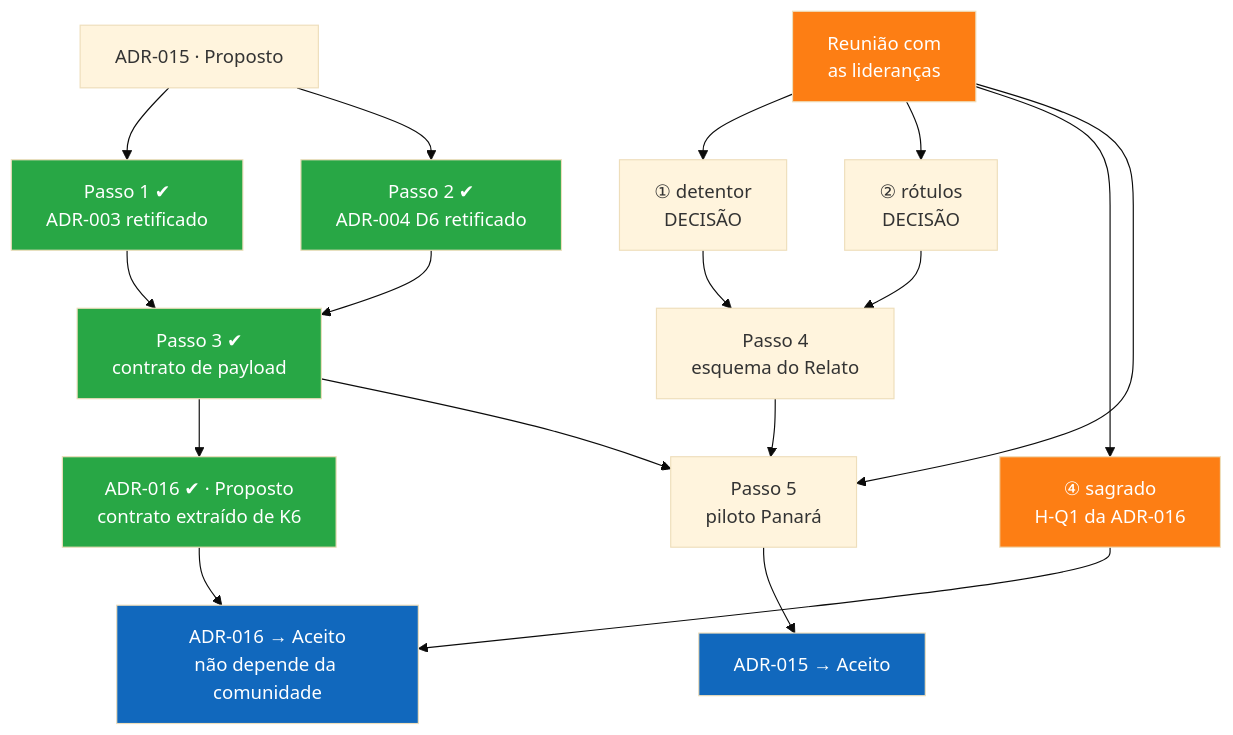
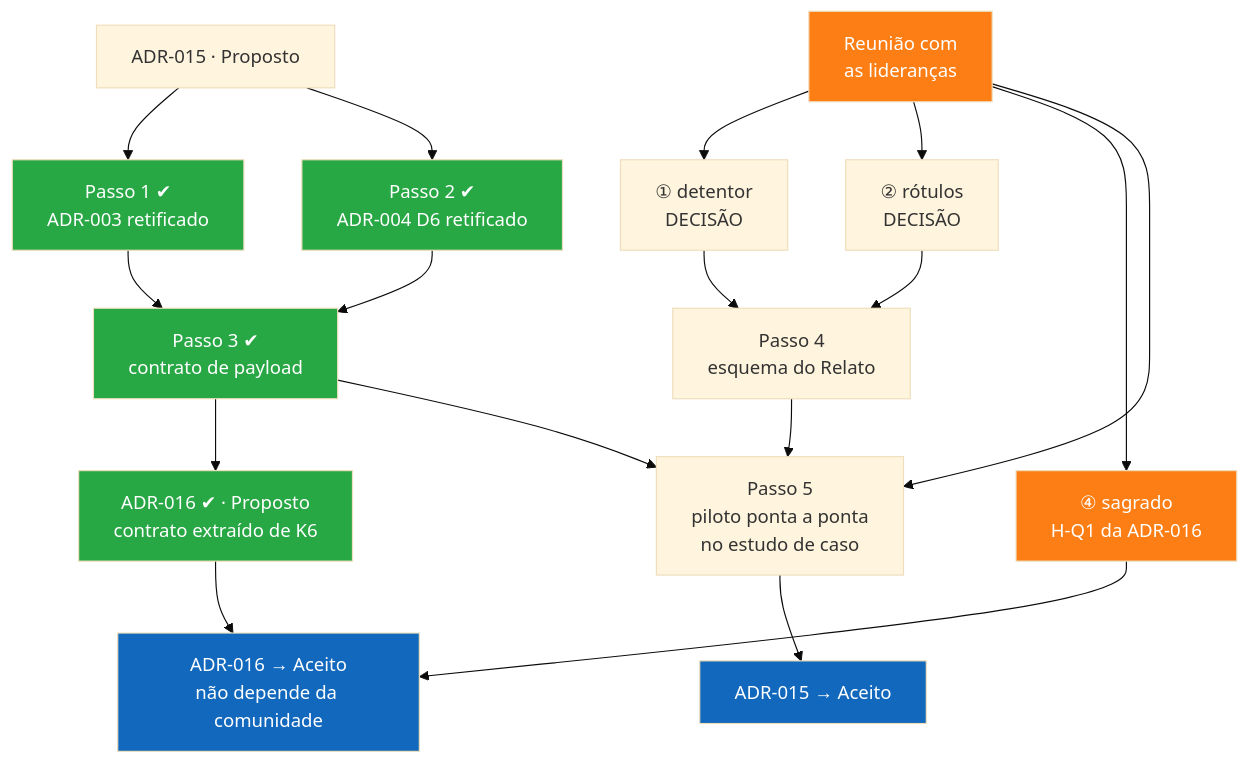
One commit to edalcin/Arquitetura-BioCultural changed the diagram in docs/proximosPassos.md. Above: the diagram before and after it, drawn with Mermaid (base theme). The commit also changed other lines of this file and 13 other files, not shown here.

````diff
--- a/docs/proximosPassos.md
+++ b/docs/proximosPassos.md
@@ -191,27 +191,27 @@
 ```mermaid
 flowchart TD
     A["ADR-015 · Proposto"] --> P1["Passo 1 ✔<br/>ADR-003 retificado"]
     A --> P2["Passo 2 ✔<br/>ADR-004 D6 retificado"]
     P1 --> P3["Passo 3 ✔<br/>contrato de payload"]
     P2 --> P3
     P3 --> H["ADR-016 ✔ · Proposto<br/>contrato extraído de K6"]
     H --> HA["ADR-016 → Aceito<br/>não depende da comunidade"]
     Q1["① detentor<br/>DECISÃO"] --> P4["Passo 4<br/>esquema do Relato"]
     Q2["② rótulos<br/>DECISÃO"] --> P4
     C["Reunião com<br/>as lideranças"] --> Q1
     C --> Q2
     C --> Q4["④ sagrado<br/>H-Q1 da ADR-016"]
     Q4 --> HA
-    C --> P5["Passo 5<br/>piloto Panará"]
+    C --> P5["Passo 5<br/>piloto ponta a ponta<br/>no estudo de caso"]
     P3 --> P5
     P4 --> P5
     P5 --> F["ADR-015 → Aceito"]
     style P1 fill:#28a745,color:#fff
     style P2 fill:#28a745,color:#fff
     style P3 fill:#28a745,color:#fff
     style H fill:#28a745,color:#fff
     style C fill:#fd7e14,color:#fff
     style Q4 fill:#fd7e14,color:#fff
     style F fill:#1168bd,color:#fff
     style HA fill:#1168bd,color:#fff
 ```
````
